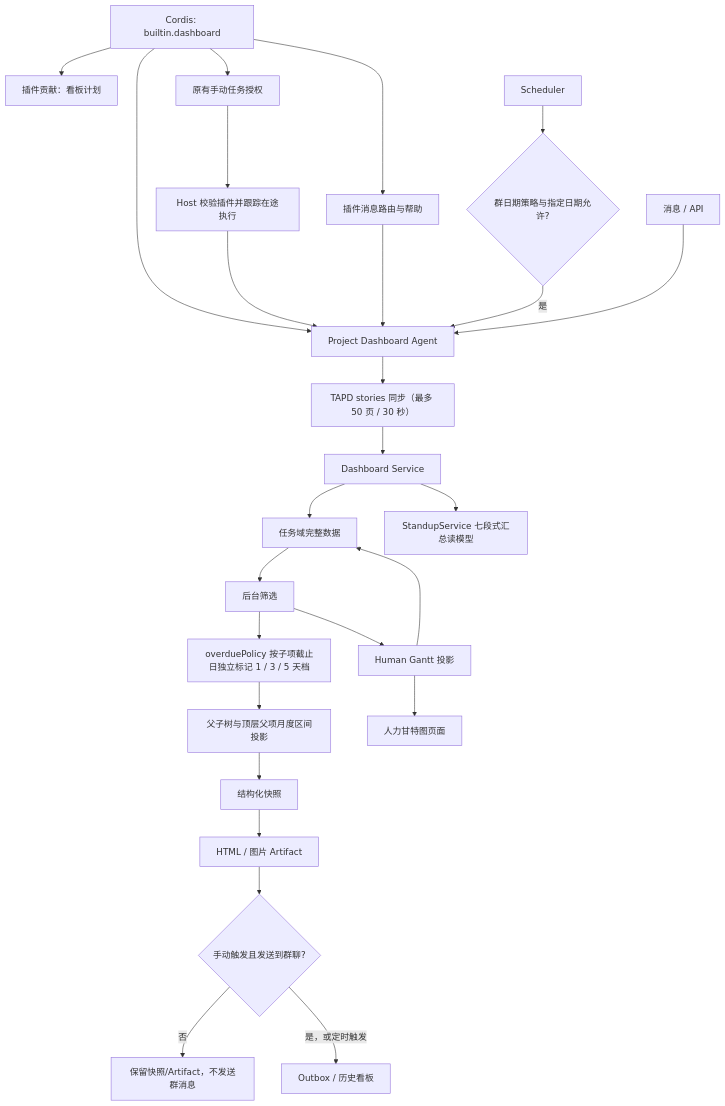
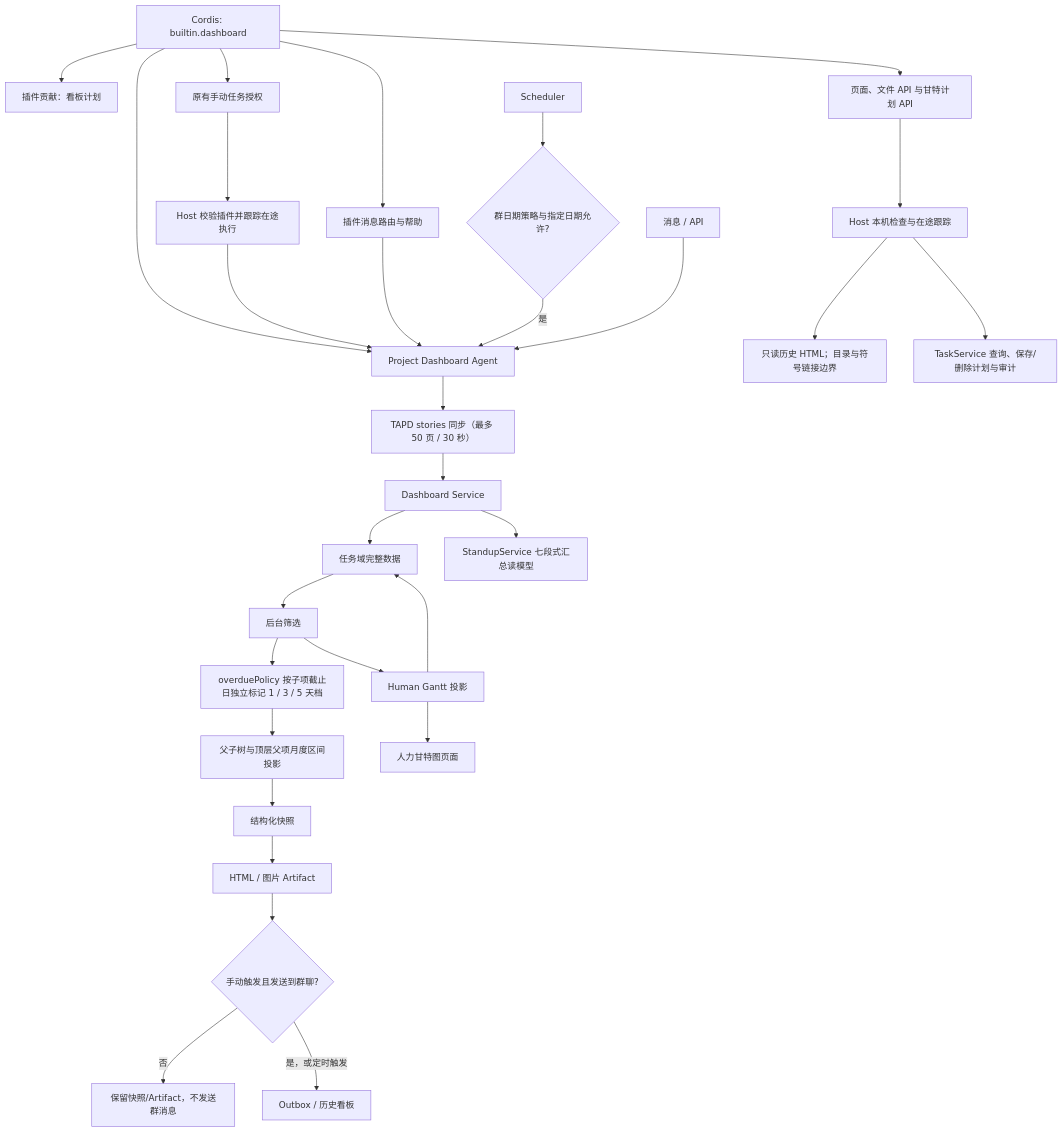
One commit to KlayPeter/AI-Delivery-Ops-Agent changed the diagram in backend/src/agents/native/project-dashboard/FEATURE.md. Above: the diagram before and after it, drawn with Mermaid. The commit also changed other lines of this file and 28 other files, not shown here.

````diff
--- a/backend/src/agents/native/project-dashboard/FEATURE.md
+++ b/backend/src/agents/native/project-dashboard/FEATURE.md
@@ -22,28 +22,32 @@
 ```mermaid
 flowchart TD
     PL["Cordis: builtin.dashboard"] --> B
     PL --> MR["插件消息路由与帮助"]
     PL --> GS["插件贡献：看板计划"]
+    PL --> WEB[页面、文件 API 与甘特计划 API]
+    WEB --> GW[Host 本机检查与在途跟踪]
+    GW --> FILE[只读历史 HTML；目录与符号链接边界]
+    GW --> TS[TaskService 查询、保存/删除计划与审计]
     PL --> MJ[原有手动任务授权]
     MJ --> MG[Host 校验插件并跟踪在途执行]
     MG --> B
     MR --> B
     SC["Scheduler"] --> HC{"群日期策略与指定日期允许?"}
     HC -- "是" --> B["Project Dashboard Agent"]
     A["消息 / API"] --> B
     B --> T["TAPD stories 同步（最多 50 页 / 30 秒）"]
     T --> C["Dashboard Service"]
     C --> D["任务域完整数据"]
     C --> S["StandupService 七段式汇总读模型"]
     D --> H["TaskService 父子层级投影：完成继承 + 转测阶段只读继承"]
     H --> O["overduePolicy 按子项截止日独立标记 1 / 3 / 5 天档"]
     O --> K["父子树与顶层父项月度区间投影"]
     K --> E["结构化快照"]
     E --> F["HTML / 图片 Artifact"]
     F --> P{"手动触发且发送到群聊?"}
     P -- "否" --> Q["保留快照/Artifact，不发送群消息"]
     P -- "是，或定时触发" --> G["Outbox / 历史看板"]
     H["后台筛选"] --> I["Human Gantt 投影"]
     I --> D
     I --> J["人力甘特图页面"]
 ```
````
